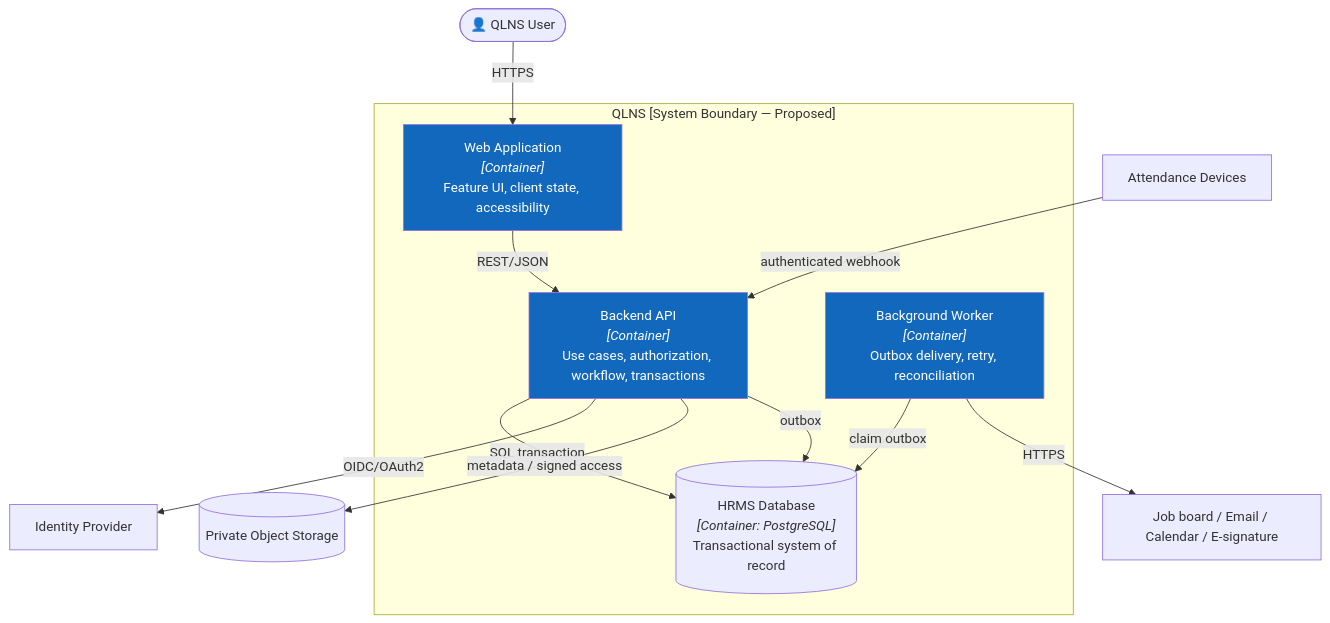
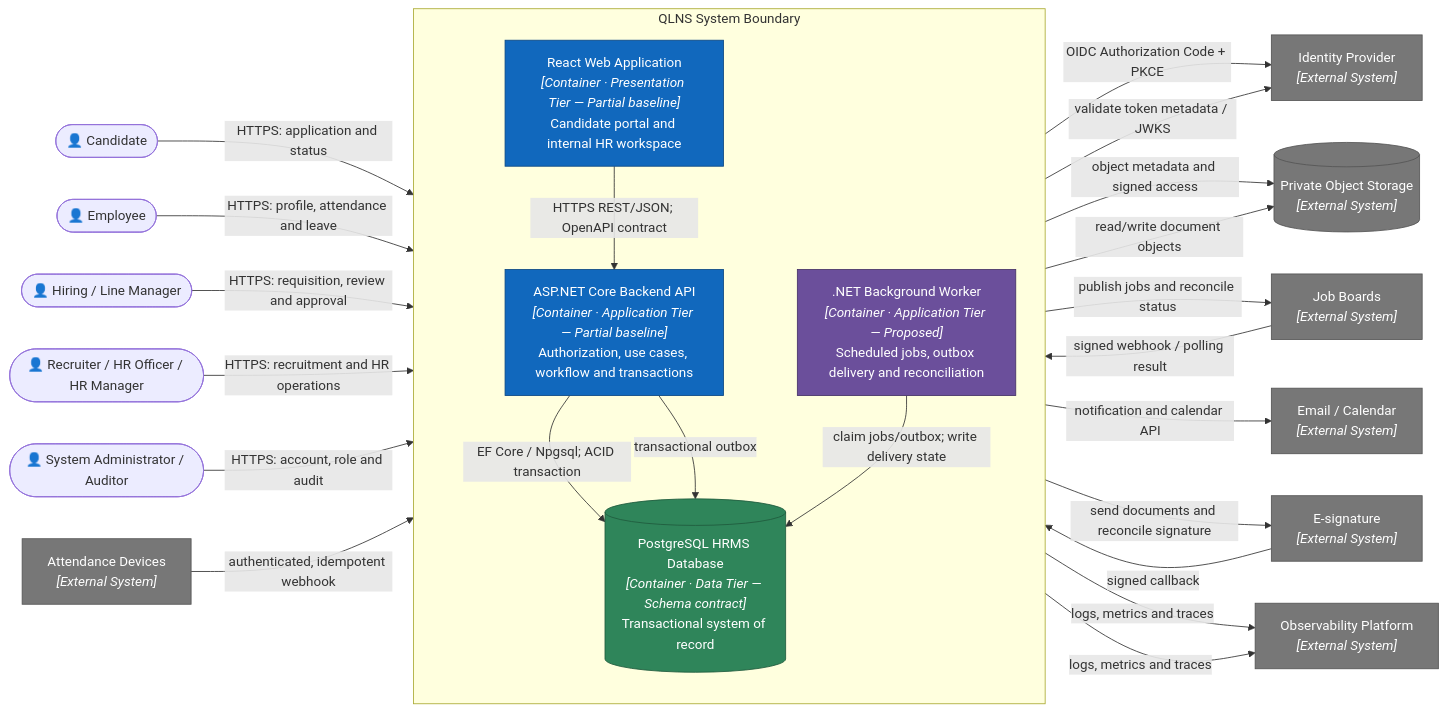
The third of 12 diagrams in docs/architecture.md (nvdat16/QLNS), drawn with Mermaid before and after one commit. The commit also changed other lines of this file and 6 other files, not shown here.

Commit message:
feat: add recruitment application pipeline and stage management features

````diff
--- a/docs/architecture.md
+++ b/docs/architecture.md
@@ -163,30 +163,57 @@
 ```mermaid
-flowchart TB
-    user(["👤 QLNS User"])
+flowchart LR
+    candidate(["👤 Candidate"])
+    employee(["👤 Employee"])
+    manager(["👤 Hiring / Line Manager"])
+    hr(["👤 Recruiter / HR Officer / HR Manager"])
+    admin(["👤 System Administrator / Auditor"])
 
-    subgraph system["QLNS [System Boundary — Proposed]"]
-        web["Web Application<br/><i>[Container]</i><br/>Feature UI, client state, accessibility"]
-        api["Backend API<br/><i>[Container]</i><br/>Use cases, authorization, workflow, transactions"]
-        worker["Background Worker<br/><i>[Container]</i><br/>Outbox delivery, retry, reconciliation"]
-        db[("HRMS Database<br/><i>[Container: PostgreSQL]</i><br/>Transactional system of record")]
+    subgraph system["QLNS System Boundary"]
+        direction TB
+        web["React Web Application<br/><i>[Container · Presentation Tier — Partial baseline]</i><br/>Candidate portal and internal HR workspace"]
+        api["ASP.NET Core Backend API<br/><i>[Container · Application Tier — Partial baseline]</i><br/>Authorization, use cases, workflow and transactions"]
+        worker[".NET Background Worker<br/><i>[Container · Application Tier — Proposed]</i><br/>Scheduled jobs, outbox delivery and reconciliation"]
+        db[("PostgreSQL HRMS Database<br/><i>[Container · Data Tier — Schema contract]</i><br/>Transactional system of record")]
     end
 
-    idp["Identity Provider"]
-    providers["Job board / Email / Calendar / E-signature"]
-    devices["Attendance Devices"]
-    objects[("Private Object Storage")]
+    idp["Identity Provider<br/><i>[External System]</i>"]
+    jobboards["Job Boards<br/><i>[External System]</i>"]
+    comms["Email / Calendar<br/><i>[External System]</i>"]
+    esign["E-signature<br/><i>[External System]</i>"]
+    devices["Attendance Devices<br/><i>[External System]</i>"]
+    objects[("Private Object Storage<br/><i>[External System]</i>")]
+    observe["Observability Platform<br/><i>[External System]</i>"]
 
-    user -->|HTTPS| web
-    web -->|REST/JSON| api
-    api -->|SQL transaction| db
-    api -->|OIDC/OAuth2| idp
-    api -->|metadata / signed access| objects
-    api -->|outbox| db
-    worker -->|claim outbox| db
-    worker -->|HTTPS| providers
-    devices -->|authenticated webhook| api
+    candidate -->|"HTTPS: application and status"| web
+    employee -->|"HTTPS: profile, attendance and leave"| web
+    manager -->|"HTTPS: requisition, review and approval"| web
+    hr -->|"HTTPS: recruitment and HR operations"| web
+    admin -->|"HTTPS: account, role and audit"| web
 
-    style web fill:#1168bd,color:#fff
-    style api fill:#1168bd,color:#fff
-    style worker fill:#1168bd,color:#fff
+    web -->|"HTTPS REST/JSON; OpenAPI contract"| api
+    web -->|"OIDC Authorization Code + PKCE"| idp
+    api -->|"validate token metadata / JWKS"| idp
+    api -->|"EF Core / Npgsql; ACID transaction"| db
+    api -->|"object metadata and signed access"| objects
+    api -->|"transactional outbox"| db
+    devices -->|"authenticated, idempotent webhook"| api
+    jobboards -->|"signed webhook / polling result"| api
+    esign -->|"signed callback"| api
+
+    worker -->|"claim jobs/outbox; write delivery state"| db
+    worker -->|"publish jobs and reconcile status"| jobboards
+    worker -->|"notification and calendar API"| comms
+    worker -->|"send documents and reconcile signature"| esign
+    worker -->|"read/write document objects"| objects
+    api -->|"logs, metrics and traces"| observe
+    worker -->|"logs, metrics and traces"| observe
+
+    classDef partial fill:#1168bd,color:#fff,stroke:#0b4884
+    classDef proposed fill:#6b4f9b,color:#fff,stroke:#463267
+    classDef contract fill:#2f855a,color:#fff,stroke:#1f5b3d
+    classDef external fill:#777,color:#fff,stroke:#555
+    class web,api partial
+    class worker proposed
+    class db contract
+    class idp,jobboards,comms,esign,devices,objects,observe external
 ```
````
